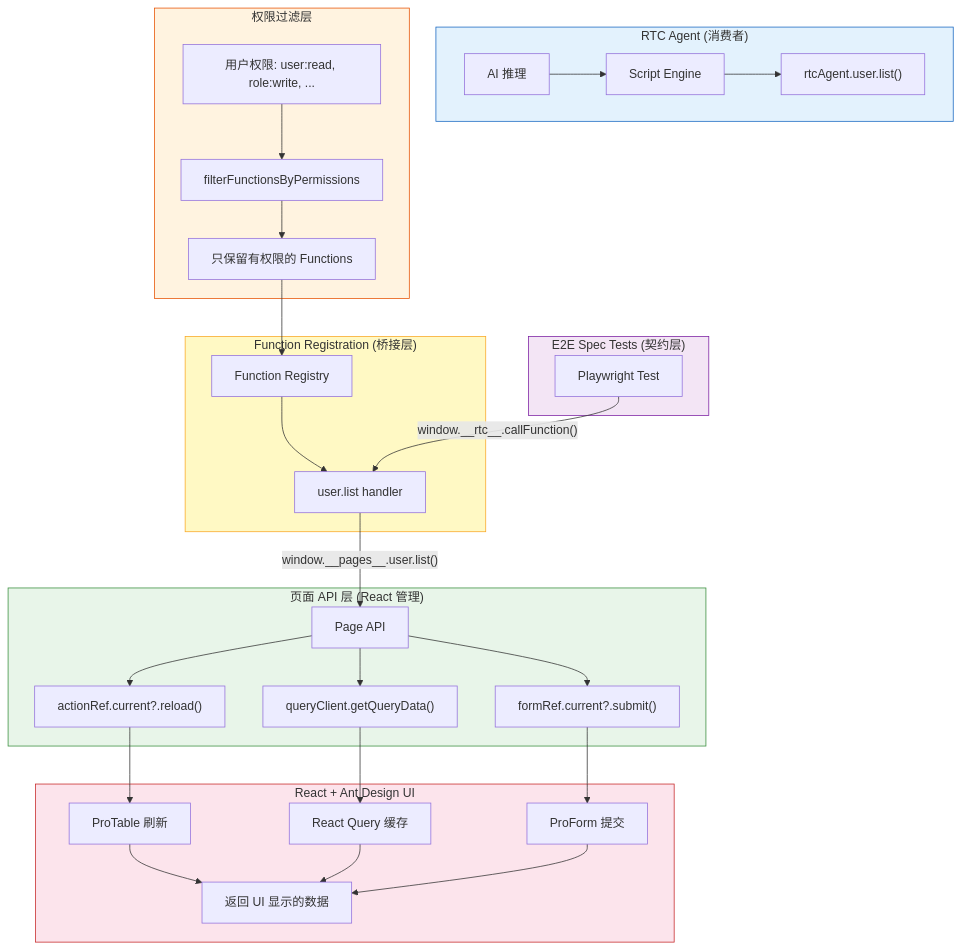
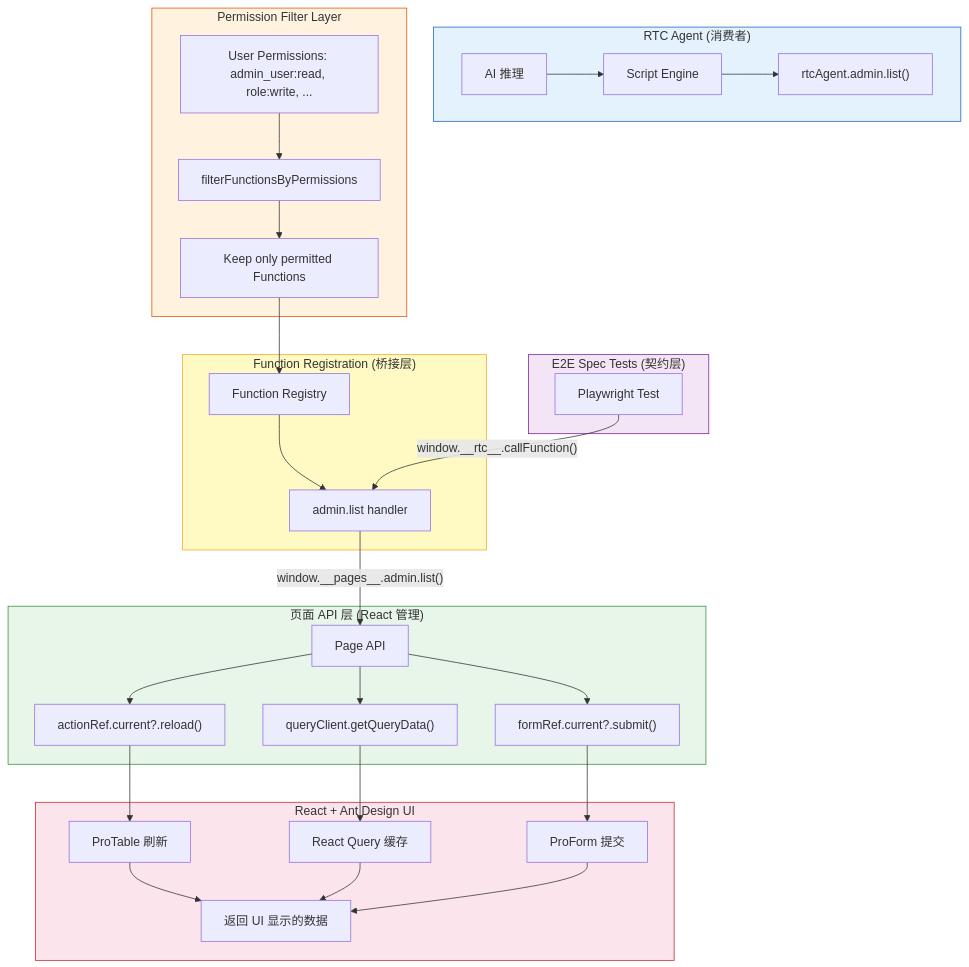
The second of 6 diagrams in packages/admin-ui/docs/function-registration-architecture.md (rtc-agent/web-components), drawn with Mermaid before and after one commit. The commit also changed other lines of this file and 69 other files, not shown here.

First line of the commit message:
feat(admin-ui/rtc-agent): implement complete function groups for system management

````diff
--- a/packages/admin-ui/docs/function-registration-architecture.md
+++ b/packages/admin-ui/docs/function-registration-architecture.md
@@ -69,44 +69,44 @@
 ```mermaid
 flowchart TB
     subgraph RTC["RTC Agent (消费者)"]
         A[AI 推理] --> B[Script Engine]
-        B --> C["rtcAgent.user.list()"]
+        B --> C["rtcAgent.admin.list()"]
     end
 
-    subgraph PERM["权限过滤层"]
-        P1["用户权限: user:read, role:write, ..."] --> P2[filterFunctionsByPermissions]
-        P2 --> P3[只保留有权限的 Functions]
+    subgraph PERM["Permission Filter Layer"]
+        P1["User Permissions: admin_user:read, role:write, ..."] --> P2[filterFunctionsByPermissions]
+        P2 --> P3[Keep only permitted Functions]
     end
 
     subgraph FR["Function Registration (桥接层)"]
         P3 --> D["Function Registry"]
-        D --> E["user.list handler"]
+        D --> E["admin.list handler"]
     end
 
     subgraph E2E["E2E Spec Tests (契约层)"]
         F["Playwright Test"] -->|"window.__rtc__.callFunction()"| E
     end
 
     subgraph PAGE["页面 API 层 (React 管理)"]
-        E -->|"window.__pages__.user.list()"| G["Page API"]
+        E -->|"window.__pages__.admin.list()"| G["Page API"]
         G --> H["actionRef.current?.reload()"]
         G --> I["queryClient.getQueryData()"]
         G --> J["formRef.current?.submit()"]
     end
 
     subgraph UI["React + Ant Design UI"]
         H --> K["ProTable 刷新"]
         I --> L["React Query 缓存"]
         J --> M["ProForm 提交"]
         K --> N["返回 UI 显示的数据"]
         L --> N
         M --> N
     end
 
     style RTC fill:#e3f2fd,stroke:#1565c0
     style PERM fill:#fff3e0,stroke:#e65100
     style FR fill:#fff9c4,stroke:#f9a825
     style E2E fill:#f3e5f5,stroke:#7b1fa2
     style PAGE fill:#e8f5e9,stroke:#388e3c
     style UI fill:#fce4ec,stroke:#c62828
 ```
````
